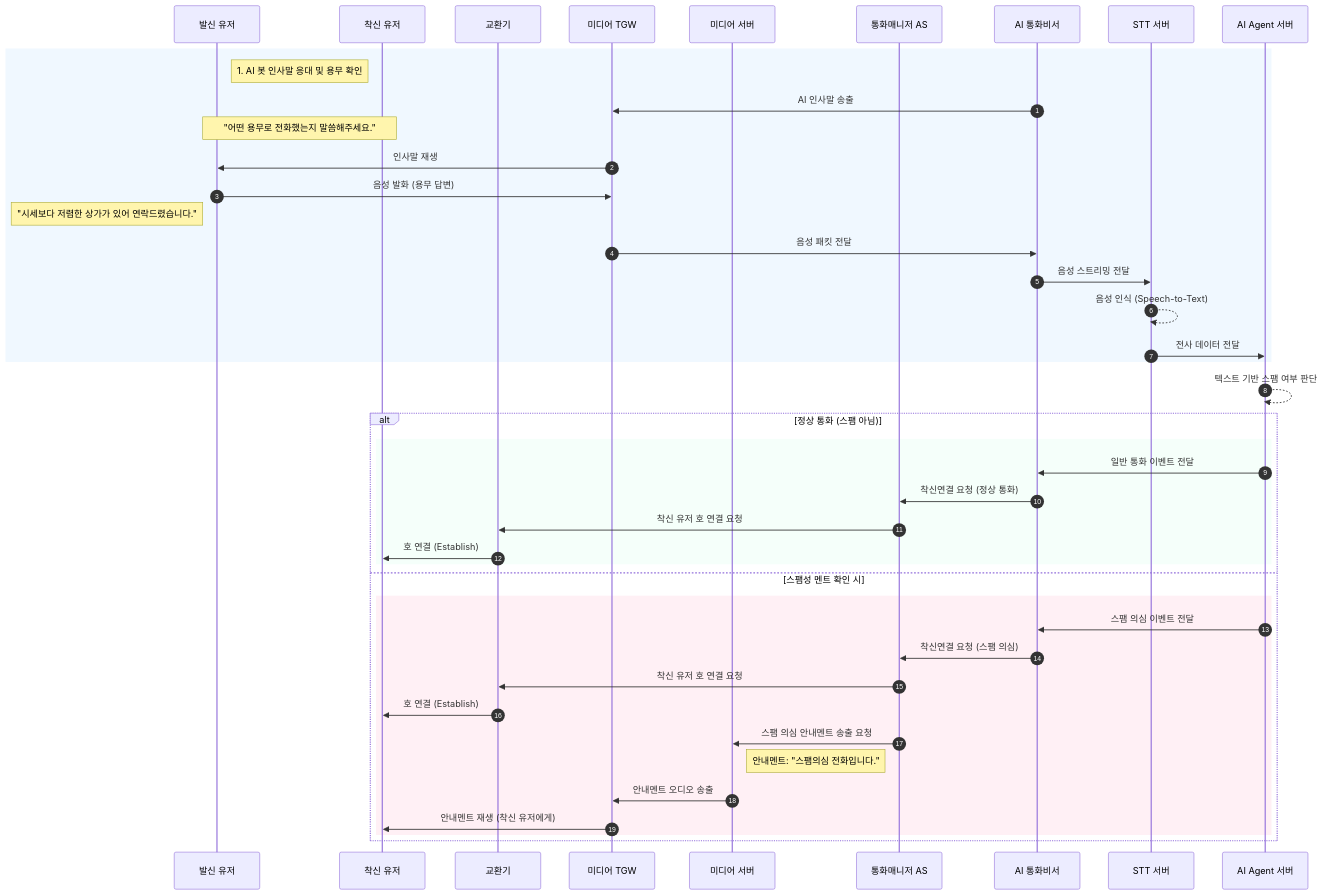
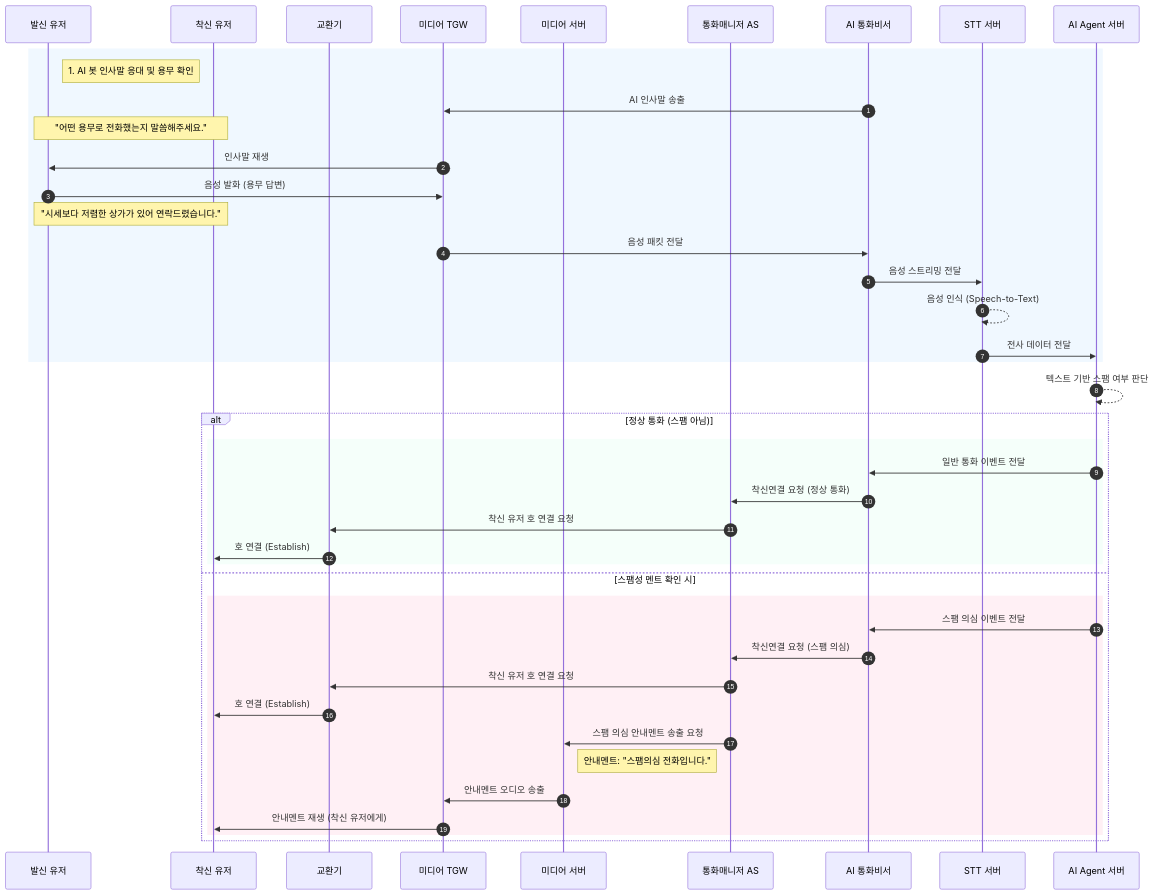
The second of 2 diagrams in docs/architecture/call-flow-cloud-stt.md (hak023/sip_pbx), drawn with Mermaid before and after one commit.

Commit message:
docs: change note position for caller answer

````diff
--- a/docs/architecture/call-flow-cloud-stt.md
+++ b/docs/architecture/call-flow-cloud-stt.md
@@ -82,53 +82,53 @@
 ```mermaid
 sequenceDiagram
     autonumber
     
     participant Caller as 발신 유저
     participant Callee as 착신 유저
     participant S as 교환기
     participant MT as 미디어 TGW
     participant MS as 미디어 서버
     participant CAS as 통화매니저 AS
     participant AIBot as AI 통화비서
     participant STT as STT 서버
     participant AI as AI Agent 서버
 
     %% 1. AI 봇 인사말 응대
     rect rgb(240, 248, 255)
     Note right of Caller: 1. AI 봇 인사말 응대 및 용무 확인
     AIBot->>MT: AI 인사말 송출
     Note over Caller, Callee: "어떤 용무로 전화했는지 말씀해주세요."
     MT->>Caller: 인사말 재생
     
     Caller->>MT: 음성 발화 (용무 답변)
-    Note left of Caller: "시세보다 저렴한 상가가 있어 연락드렸습니다."
+    Note over Caller, Callee: "시세보다 저렴한 상가가 있어 연락드렸습니다."
     MT->>AIBot: 음성 패킷 전달
     
     AIBot->>STT: 음성 스트리밍 전달
     STT-->>STT: 음성 인식 (Speech-to-Text)
     STT->>AI: 전사 데이터 전달
     end
     
     %% 2. 스팸 판단 및 분기
     AI-->>AI: 텍스트 기반 스팸 여부 판단
     
     alt 정상 통화 (스팸 아님)
         rect rgb(245, 255, 250)
         AI->>AIBot: 일반 통화 이벤트 전달
         AIBot->>CAS: 착신연결 요청 (정상 통화)
         CAS->>S: 착신 유저 호 연결 요청
         S->>Callee: 호 연결 (Establish)
         end
     else 스팸성 멘트 확인 시
         rect rgb(255, 240, 245)
         AI->>AIBot: 스팸 의심 이벤트 전달
         AIBot->>CAS: 착신연결 요청 (스팸 의심)
         CAS->>S: 착신 유저 호 연결 요청
         S->>Callee: 호 연결 (Establish)
         CAS->>MS: 스팸 의심 안내멘트 송출 요청
         Note right of MS: 안내멘트: "스팸의심 전화입니다."
         MS->>MT: 안내멘트 오디오 송출
         MT->>Callee: 안내멘트 재생 (착신 유저에게)
         end
     end
 ```
````
